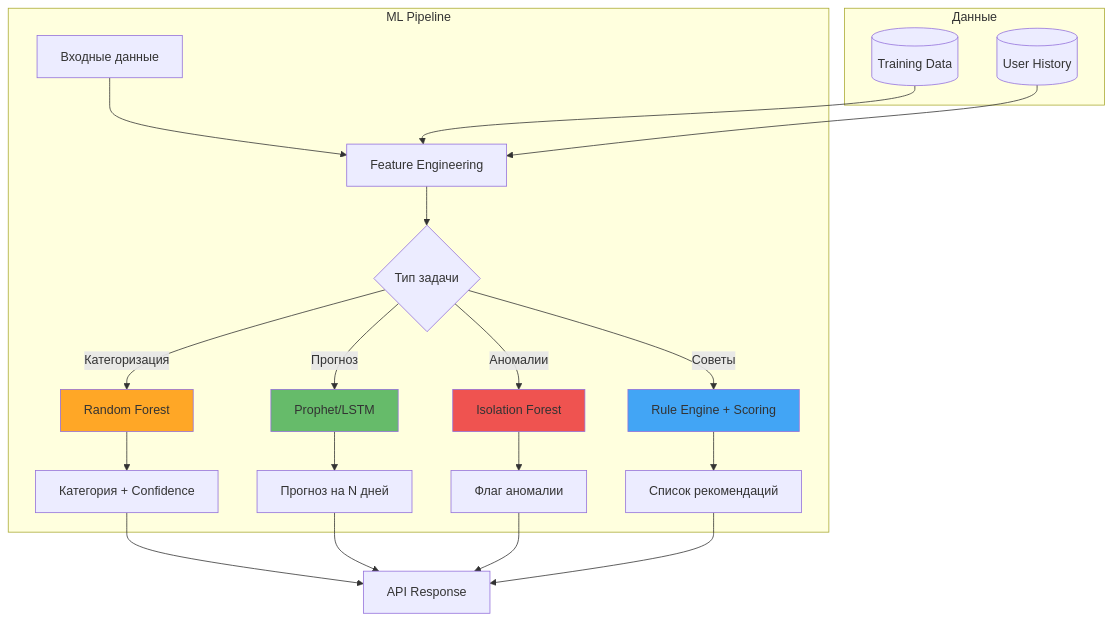
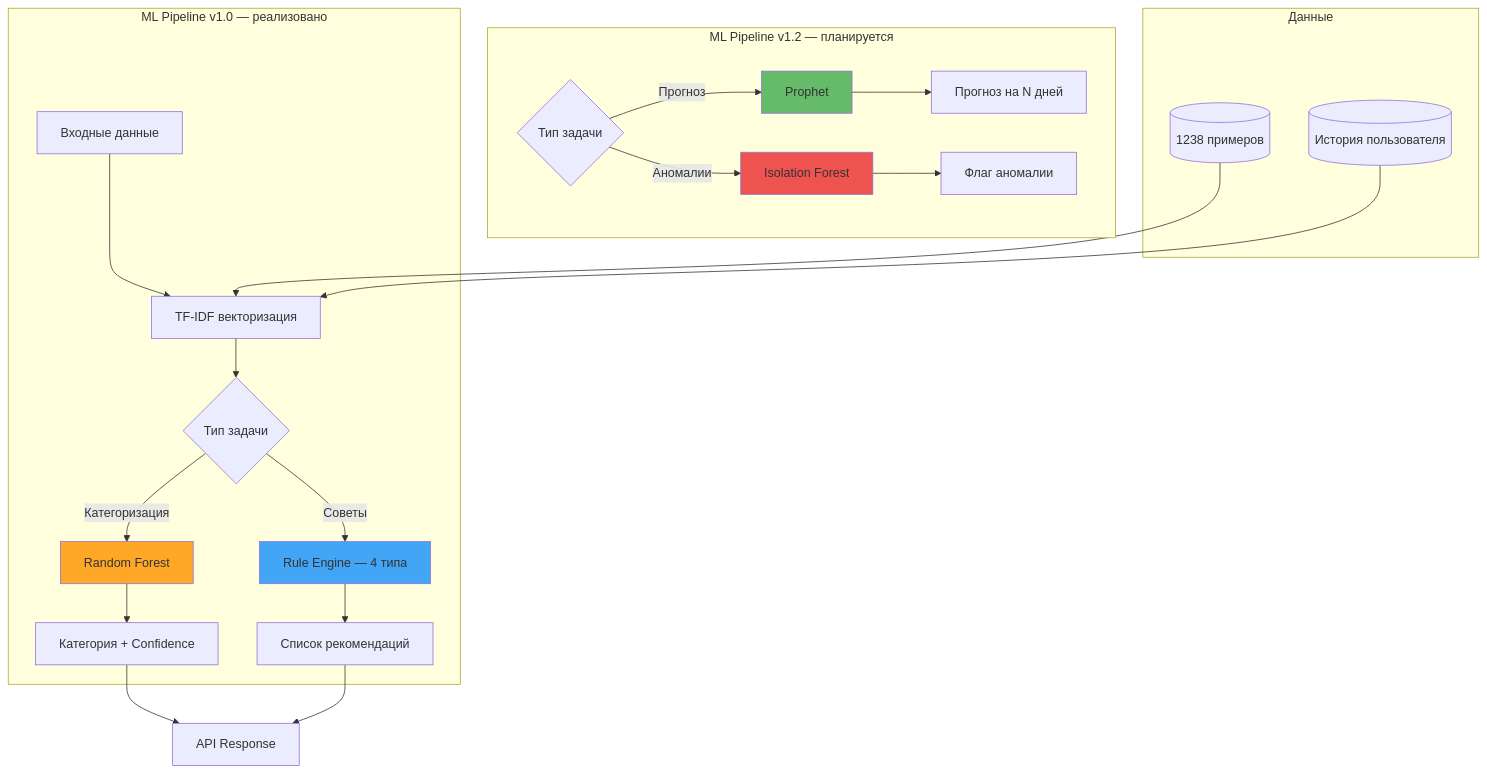
The seventh of 14 diagrams in README.md (LiebeBleck/FinWise_v2), drawn with Mermaid before and after one commit. The commit also changed other lines of this file, not shown here.

Commit message:
Fix README diagrams: remove duplicate USER, correct dataset size, mark v1.2 stubs, add OCR preprocessing branch

````diff
--- a/README.md
+++ b/README.md
@@ -418,32 +411,34 @@
 ```mermaid
 graph TB
-    subgraph "ML Pipeline"
-        A[Входные данные] --> B[Feature Engineering]
+    subgraph "ML Pipeline v1.0 — реализовано"
+        A[Входные данные] --> B[TF-IDF векторизация]
         B --> C{Тип задачи}
 
         C -->|Категоризация| D[Random Forest]
-        C -->|Прогноз| E[Prophet/LSTM]
-        C -->|Аномалии| F[Isolation Forest]
-        C -->|Советы| G[Rule Engine + Scoring]
+        C -->|Советы| G[Rule Engine — 4 типа]
 
         D --> H[Категория + Confidence]
-        E --> I[Прогноз на N дней]
-        F --> J[Флаг аномалии]
         G --> K[Список рекомендаций]
     end
 
+    subgraph "ML Pipeline v1.2 — планируется"
+        C2{Тип задачи}
+        C2 -->|Прогноз| E[Prophet]
+        C2 -->|Аномалии| F[Isolation Forest]
+        E --> I[Прогноз на N дней]
+        F --> J[Флаг аномалии]
+    end
+
     subgraph "Данные"
-        L[(Training Data)] --> B
-        M[(User History)] --> B
+        L[(1238 примеров)] --> B
+        M[(История пользователя)] --> B
     end
 
     H --> N[API Response]
-    I --> N
-    J --> N
     K --> N
 
     style D fill:#FFA726
+    style G fill:#42A5F5
     style E fill:#66BB6A
     style F fill:#EF5350
-    style G fill:#42A5F5
 ```
````
